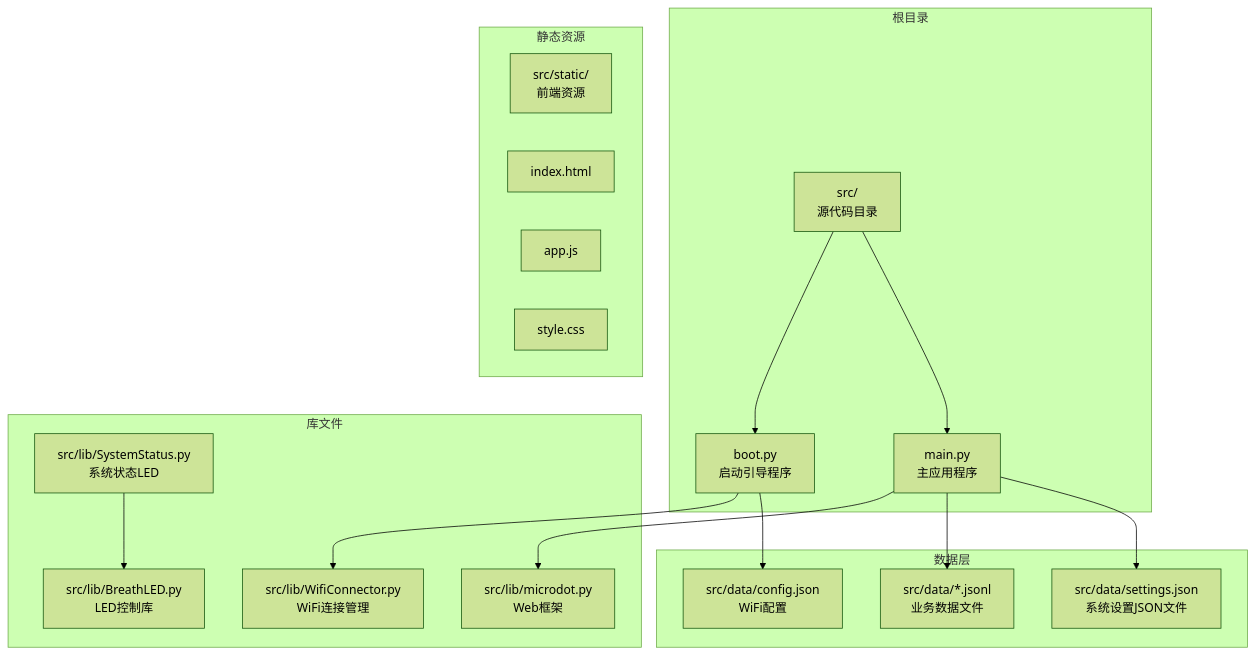
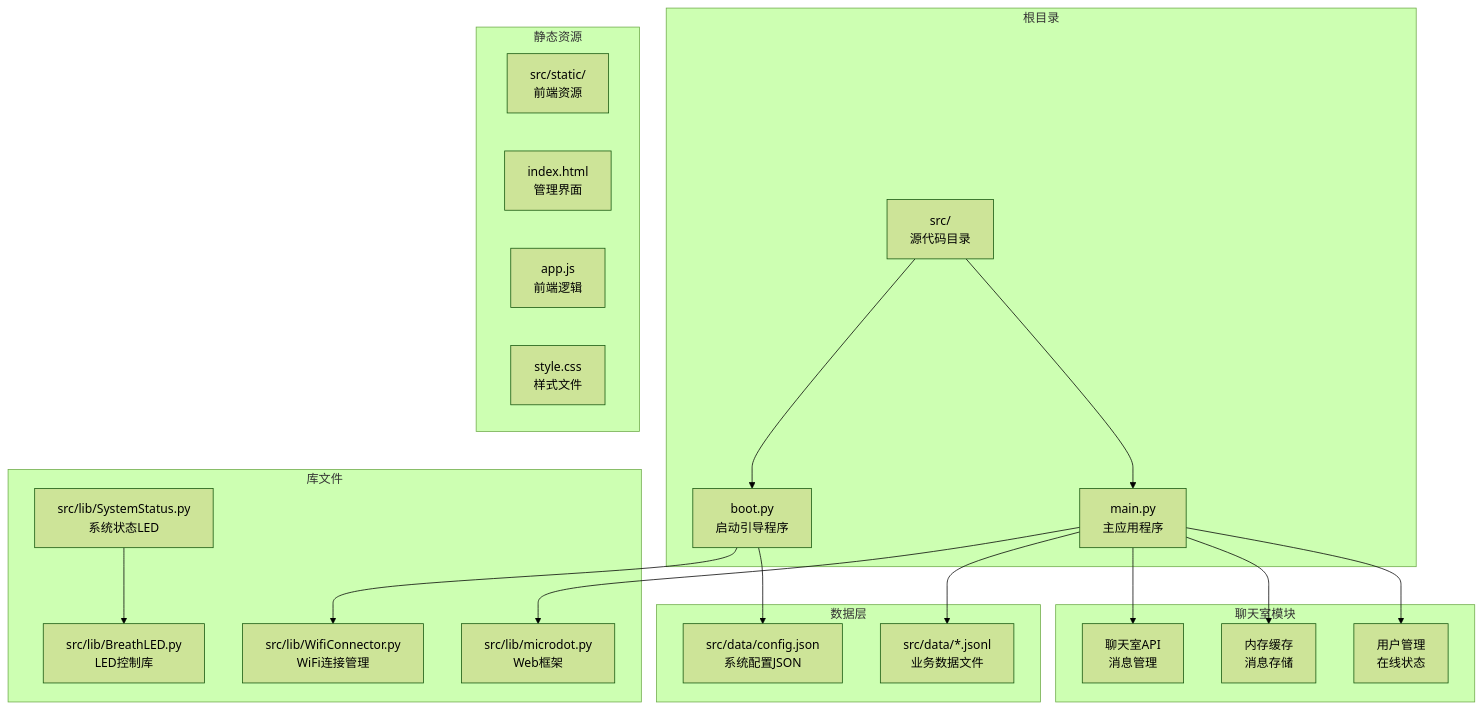
The first of 16 diagrams in .qoder/repowiki/zh/content/数据管理/数据模型设计/系统配置模型.md (qq20739111/weilushishe-lishitai), drawn with Mermaid (forest theme) before and after one commit. The commit also changed other lines of this file and 23 other files, not shown here.

````diff
--- a/.qoder/repowiki/zh/content/数据管理/数据模型设计/系统配置模型.md
+++ b/.qoder/repowiki/zh/content/数据管理/数据模型设计/系统配置模型.md
@@ -48,33 +48,39 @@
 ```mermaid
 graph TB
 subgraph "根目录"
 SRC[src/<br/>源代码目录]
 BOOT[boot.py<br/>启动引导程序]
 MAIN[main.py<br/>主应用程序]
 end
 subgraph "数据层"
-CONFIG[src/data/config.json<br/>WiFi配置]
-SETTINGS[src/data/settings.json<br/>系统设置JSON文件]
+CONFIG[src/data/config.json<br/>系统配置JSON]
 DATAFILES[src/data/*.jsonl<br/>业务数据文件]
 end
 subgraph "库文件"
 WIFI_LIB[src/lib/WifiConnector.py<br/>WiFi连接管理]
 STATUS_LIB[src/lib/SystemStatus.py<br/>系统状态LED]
 LED_LIB[src/lib/BreathLED.py<br/>LED控制库]
 WEB_LIB[src/lib/microdot.py<br/>Web框架]
 end
 subgraph "静态资源"
 STATIC[src/static/<br/>前端资源]
-HTML[index.html]
-JS[app.js]
-CSS[style.css]
+HTML[index.html<br/>管理界面]
+JS[app.js<br/>前端逻辑]
+CSS[style.css<br/>样式文件]
+end
+subgraph "聊天室模块"
+CHAT_API[聊天室API<br/>消息管理]
+CHAT_MEM[内存缓存<br/>消息存储]
+CHAT_USER[用户管理<br/>在线状态]
 end
 SRC --> BOOT
 SRC --> MAIN
 BOOT --> WIFI_LIB
 BOOT --> CONFIG
 MAIN --> WEB_LIB
 MAIN --> DATAFILES
-MAIN --> SETTINGS
+MAIN --> CHAT_API
+MAIN --> CHAT_MEM
+MAIN --> CHAT_USER
 STATUS_LIB --> LED_LIB
 ```
````
